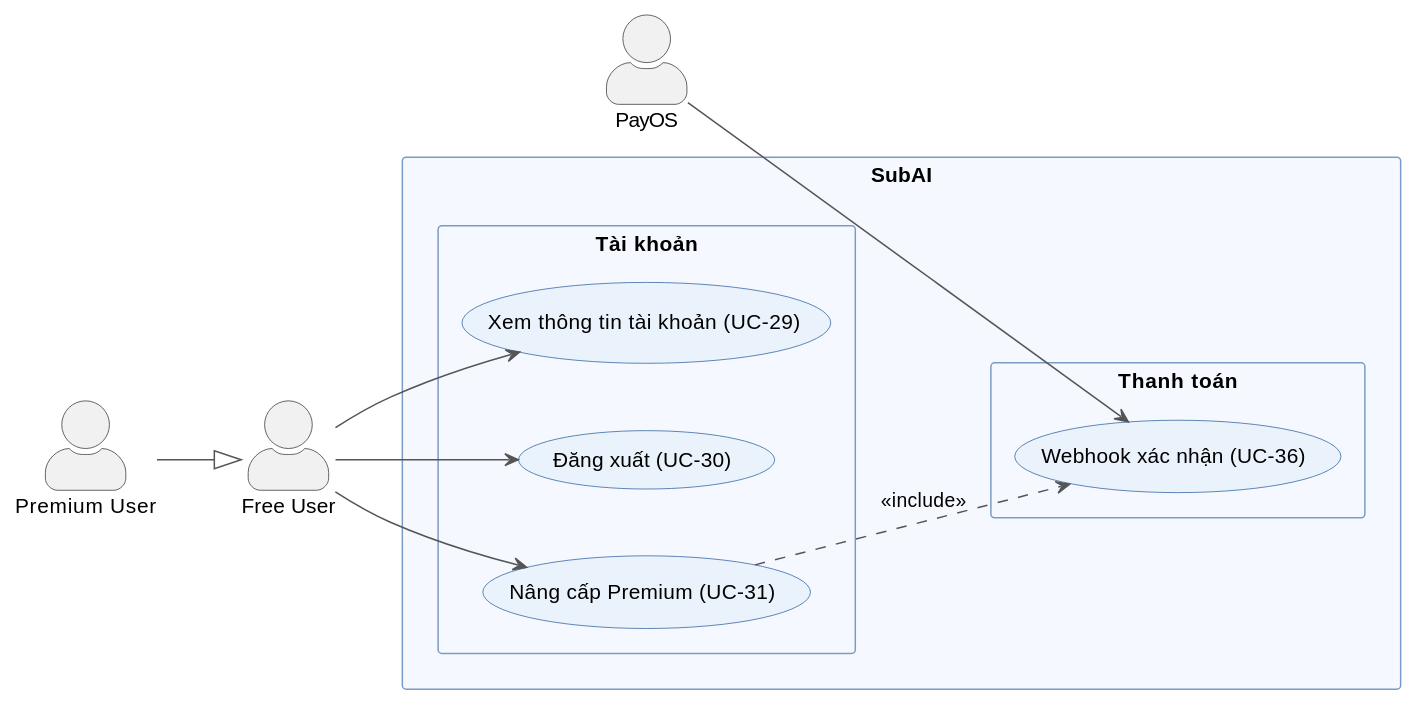
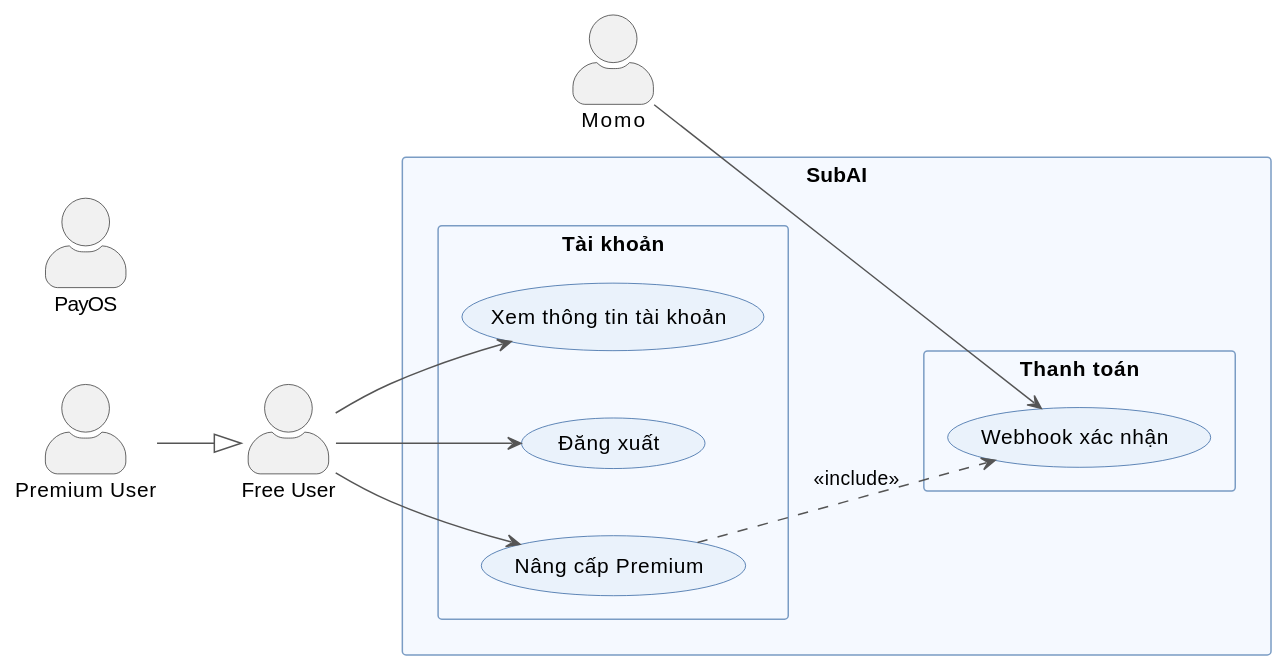
One commit to SonDinh1129/subtitle-project changed the third of 3 diagrams in docs/usecase-diagram.md. Above: the diagram before and after it, drawn with PlantUML. The commit also changed other lines of this file and 9 other files, not shown here.

````diff
--- a/docs/usecase-diagram.md
+++ b/docs/usecase-diagram.md
@@ -145,48 +145,48 @@
 ```plantuml
 @startuml SubAI_Account
 
 skinparam actorStyle awesome
 skinparam packageStyle rectangle
 skinparam usecaseBorderColor #2C5F9E
 skinparam usecaseBackgroundColor #EAF2FB
 skinparam packageBorderColor #7A9CC4
 skinparam packageBackgroundColor #F5F9FF
 skinparam packageFontStyle bold
 skinparam arrowColor #555555
 skinparam actorBorderColor #333333
 skinparam shadowing false
 skinparam nodesep 45
 skinparam ranksep 55
 
 left to right direction
 
 actor "Free User"    as Free
 actor "Premium User" as Premium
 actor "PayOS"        as PayOS
 
 Premium --|> Free
 
 rectangle "SubAI" {
 
   package "Tài khoản" {
-    usecase "Xem thông tin tài khoản (UC-29)" as UC29
-    usecase "Đăng xuất (UC-30)"               as UC30
-    usecase "Nâng cấp Premium (UC-31)"        as UC31
+    usecase "Xem thông tin tài khoản" as UC29
+    usecase "Đăng xuất"               as UC30
+    usecase "Nâng cấp Premium"        as UC31
   }
 
   package "Thanh toán" {
-    usecase "Webhook xác nhận (UC-36)" as UC36
+    usecase "Webhook xác nhận" as UC36
   }
 
 }
 
 Free --> UC29
 Free --> UC30
 Free --> UC31
 
-PayOS --> UC36
+Momo --> UC36
 
 UC31 ..> UC36 : <<include>>
 
 @enduml
 ```
````
